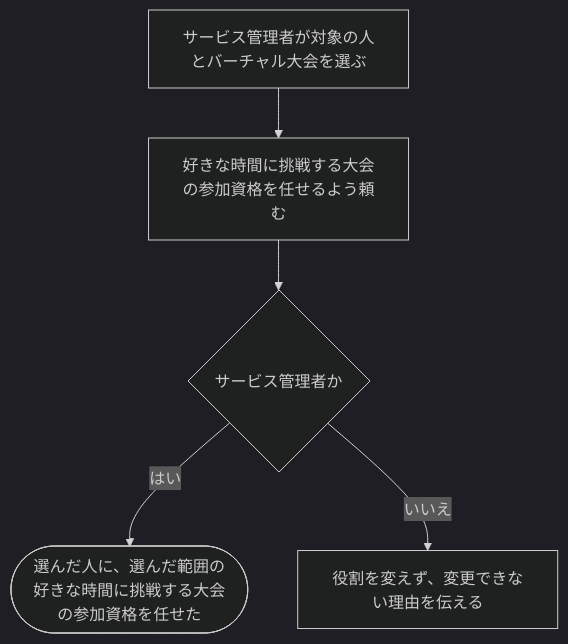
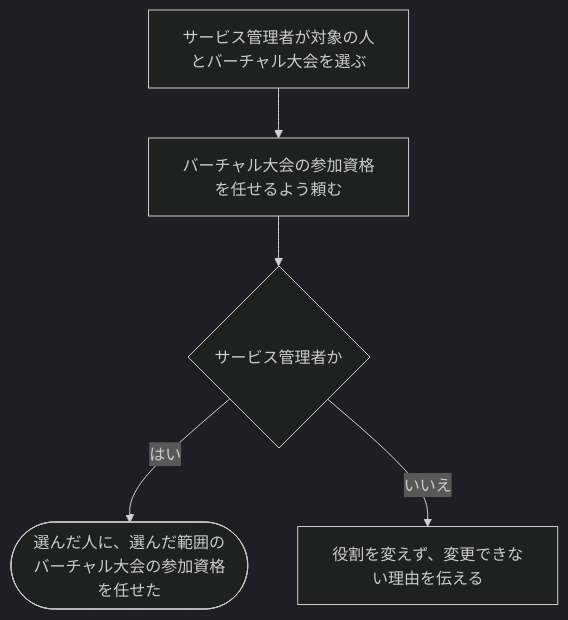
Before and after one commit to traP-jp/traOJudge: the diagram in docs/requirements/scenarios/permissions/grant-virtual-contestant.md, drawn with Mermaid (dark theme). The commit also changed other lines of this file and 69 other files, not shown here.

````diff
--- a/docs/requirements/scenarios/permissions/grant-virtual-contestant.md
+++ b/docs/requirements/scenarios/permissions/grant-virtual-contestant.md
@@ -27,7 +27,7 @@
 ```mermaid
 flowchart TD
-    A["サービス管理者が対象の人とバーチャル大会を選ぶ"] --> B["好きな時間に挑戦する大会の参加資格を任せるよう頼む"]
+    A["サービス管理者が対象の人とバーチャル大会を選ぶ"] --> B["バーチャル大会の参加資格を任せるよう頼む"]
     B --> C{"サービス管理者か"}
-    C -->|はい| D(["選んだ人に、選んだ範囲の好きな時間に挑戦する大会の参加資格を任せた"])
+    C -->|はい| D(["選んだ人に、選んだ範囲のバーチャル大会の参加資格を任せた"])
     C -->|いいえ| E["役割を変えず、変更できない理由を伝える"]
 ```
````
